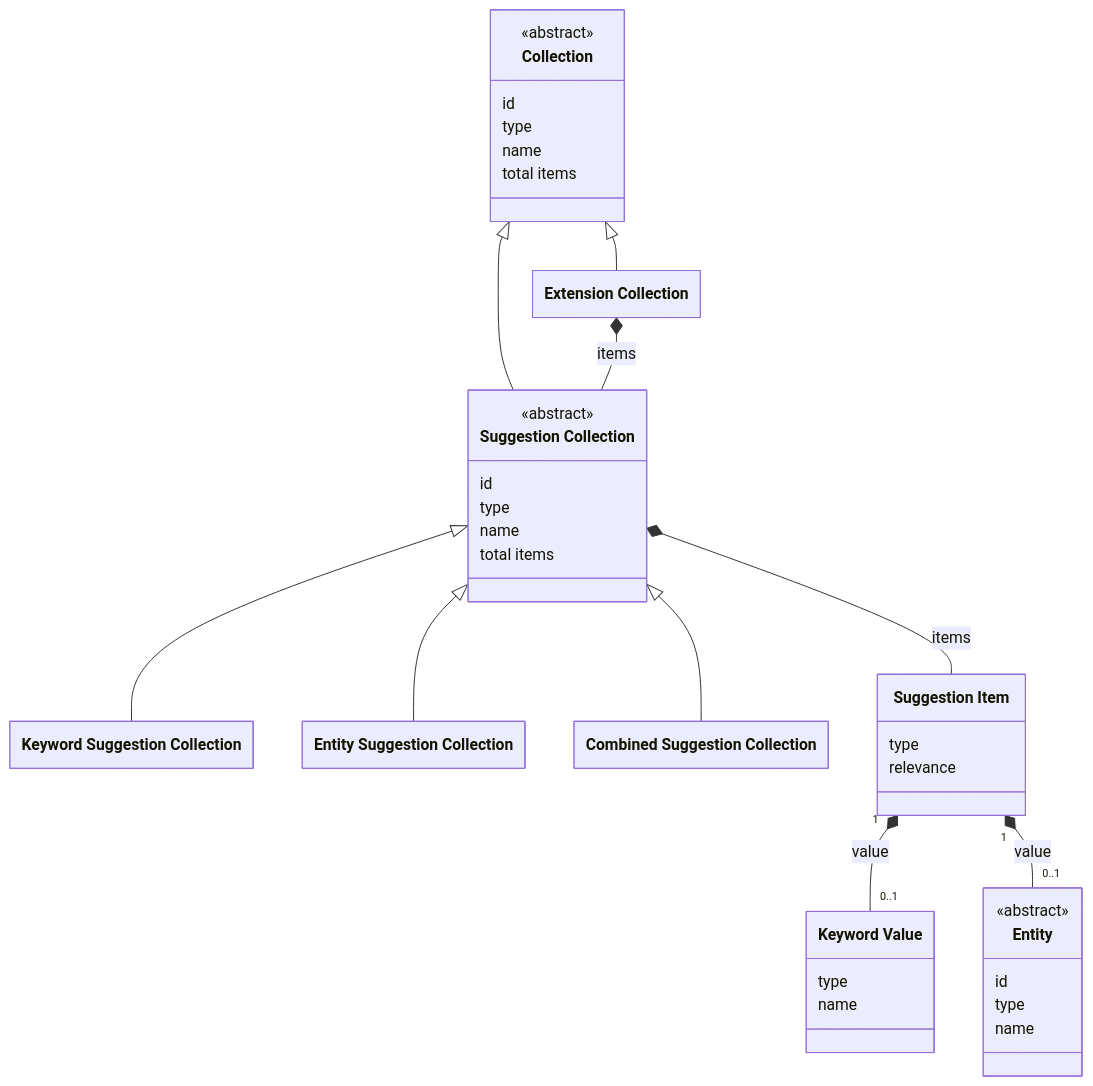
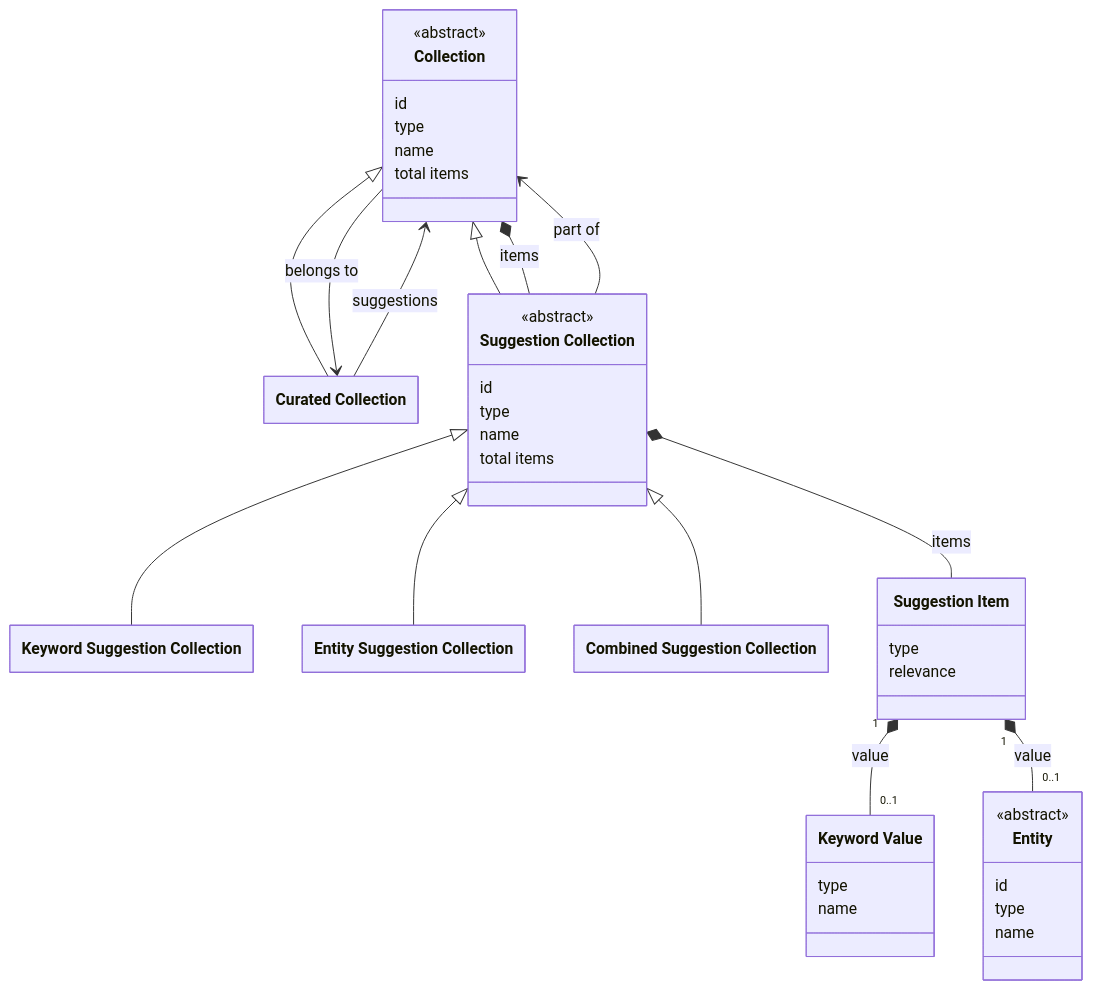
The diagram in docs/requirements/data-layer-api/rest/suggestions.md (netwerk-digitaal-erfgoed/netwerk-digitaal-erfgoed.github.io), drawn with Mermaid before and after one commit. The commit also changed other lines of this file and 6 other files, not shown here.

````diff
--- a/docs/requirements/data-layer-api/rest/suggestions.md
+++ b/docs/requirements/data-layer-api/rest/suggestions.md
@@ -32,59 +31,60 @@
 ```mermaid
 ---
   config:
     class:
       hideEmptyMembersBox: true
 ---
 classDiagram
 
 class Collection["Collection"] {
   <<abstract>>
   id
   type
   name
   total items
 }
 
-class ExtensionCollection["Extension Collection"]
+class CuratedCollection["Curated Collection"]
 
 class SuggestionCollection["Suggestion Collection"] {
   <<abstract>>
   id
   type
   name
   total items
 }
 
 class KeywordSuggestionCollection["Keyword Suggestion Collection"]
 class EntitySuggestionCollection["Entity Suggestion Collection"]
 class CombinedSuggestionCollection["Combined Suggestion Collection"]
 
 class SuggestionItem["Suggestion Item"] {
   type
   relevance
 }
 
 class KeywordValue["Keyword Value"] {
   type
   name
 }
 
 class Entity {
   <<abstract>>
   id
   type
   name
 }
 
-Collection <|-- ExtensionCollection
+Collection <|-- CuratedCollection
 Collection <|-- SuggestionCollection
+CuratedCollection --> Collection : suggestions
+Collection --> CuratedCollection : belongs to
+Collection *-- SuggestionCollection : items
+SuggestionCollection --> Collection : part of
 SuggestionCollection <|-- KeywordSuggestionCollection
 SuggestionCollection <|-- EntitySuggestionCollection
 SuggestionCollection <|-- CombinedSuggestionCollection
-
-ExtensionCollection *-- SuggestionCollection : items
-
 SuggestionCollection *-- SuggestionItem : items
 SuggestionItem "1" *-- "0..1" KeywordValue : value
 SuggestionItem "1" *-- "0..1" Entity  : value
 ```
````
